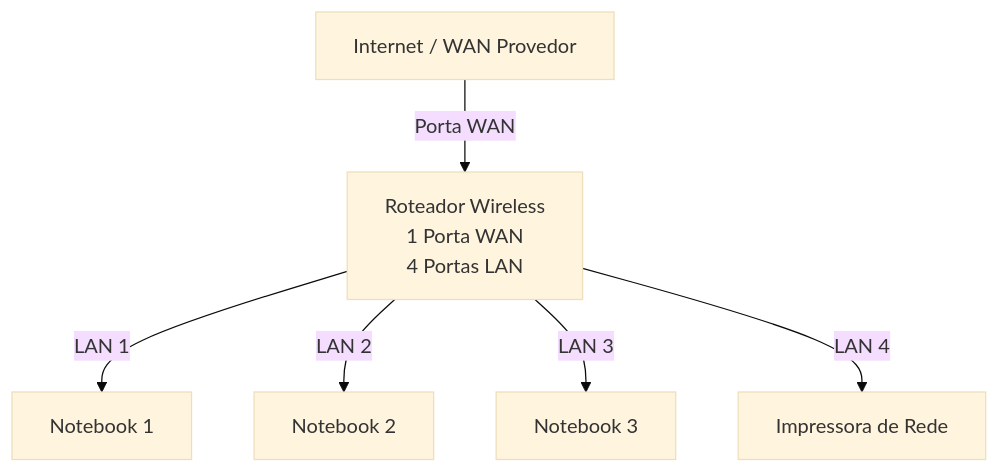
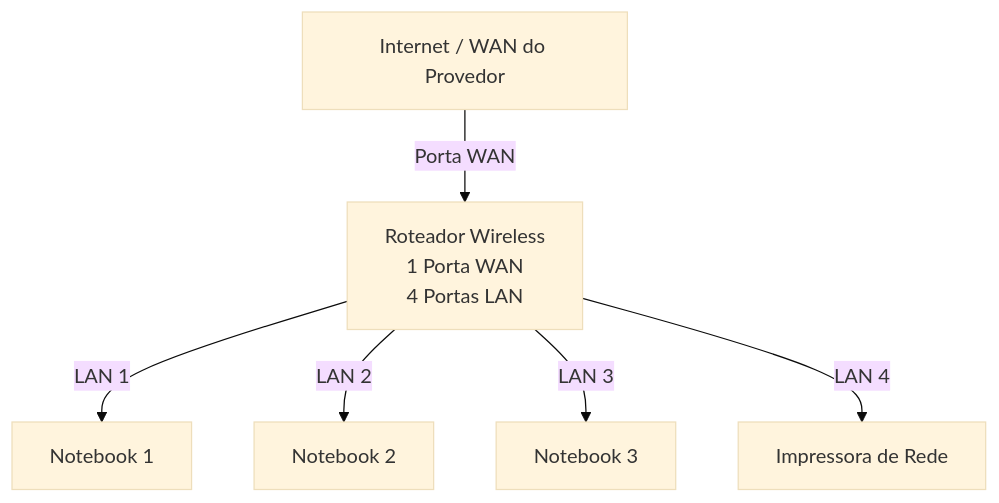
The diagram in README.md (danielvdo/lab-redes01), drawn with Mermaid (base theme) before and after one commit.

Commit message:
Fix formatting of WAN label in README.md

````diff
--- a/README.md
+++ b/README.md
@@ -34,20 +34,21 @@
 ```mermaid
 graph TD
 
-WAN[Internet / WAN Provedor]
+WAN[Internet / WAN do Provedor]
 
 Router[Roteador Wireless<br>1 Porta WAN<br>4 Portas LAN]
 
 PC1[Notebook 1]
 PC2[Notebook 2]
 PC3[Notebook 3]
 
 Printer[Impressora de Rede]
 
 WAN --> |Porta WAN| Router
 
 Router --> |LAN 1| PC1
 Router --> |LAN 2| PC2
 Router --> |LAN 3| PC3
-Router --> |LAN 4| Printer                                                  
+Router --> |LAN 4| Printer
+
 ```
````
